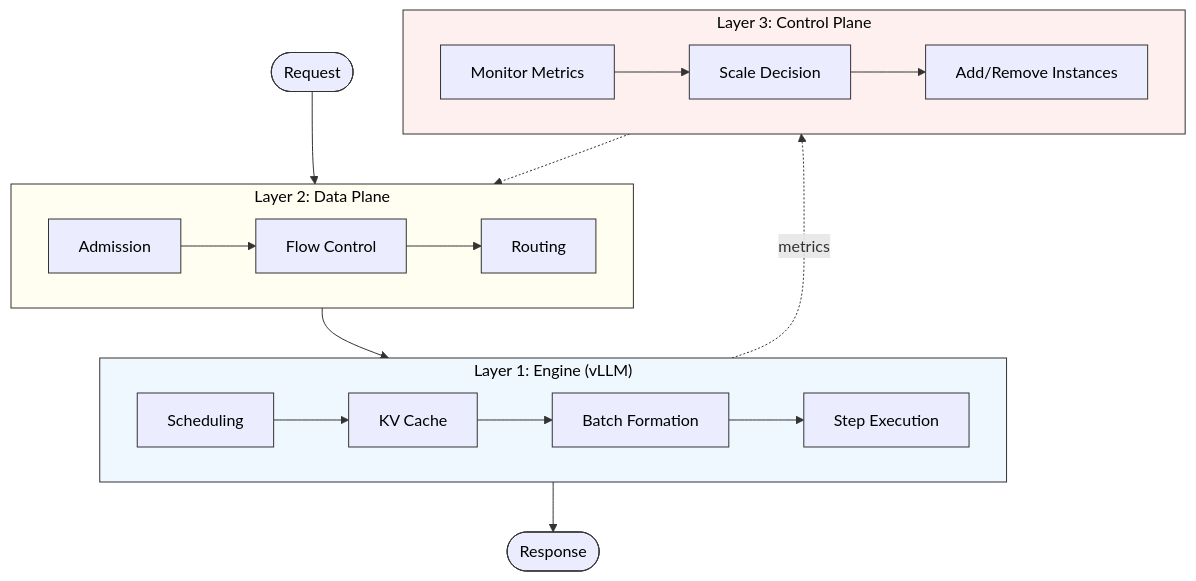
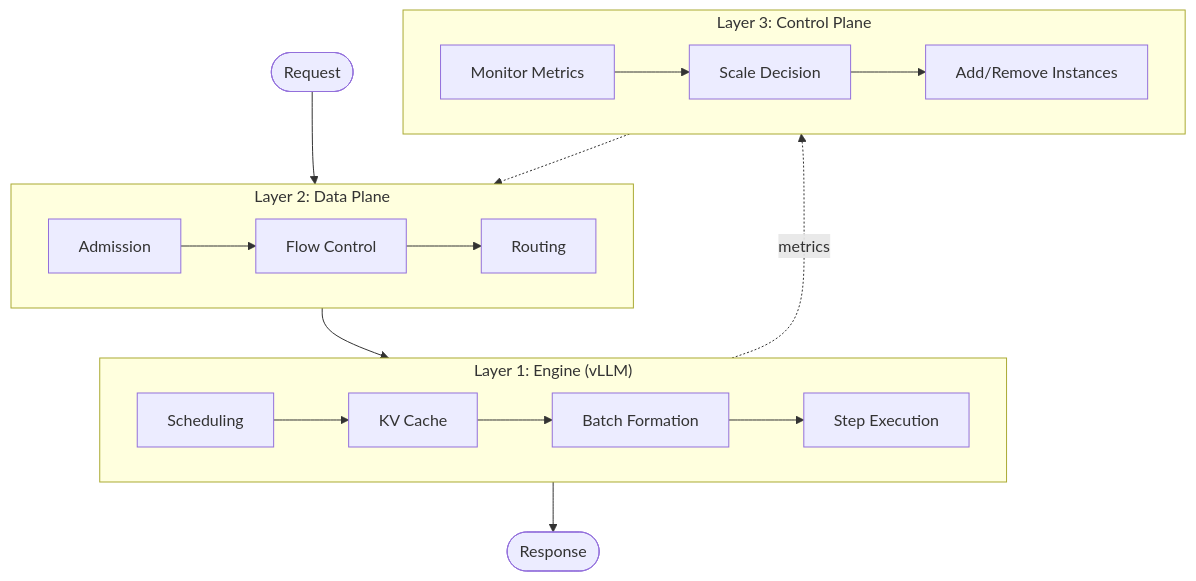
One commit to inference-sim/inference-sim changed the diagram in docs/blog/posts/building-trust-physics-of-simulation.md. Above: the diagram before and after it, drawn with Mermaid. The commit also changed 1 other file, not shown here.

Commit message:
fix(blog): remove all mermaid style/color overrides, use plain mermaid like reference blog

````diff
--- a/docs/blog/posts/building-trust-physics-of-simulation.md
+++ b/docs/blog/posts/building-trust-physics-of-simulation.md
@@ -39,37 +39,30 @@
 ```mermaid
 flowchart TB
     subgraph Layer1["Layer 1: Engine (vLLM)"]
         Sched[Scheduling]
         KV[KV Cache]
         Batch[Batch Formation]
         Step[Step Execution]
         Sched --> KV --> Batch --> Step
     end
 
     subgraph Layer2["Layer 2: Data Plane"]
         Admit[Admission]
         Route[Routing]
         Flow[Flow Control]
         Admit --> Flow --> Route
     end
 
     subgraph Layer3["Layer 3: Control Plane"]
         Monitor[Monitor Metrics]
         Decide[Scale Decision]
         Actuate[Add/Remove Instances]
         Monitor --> Decide --> Actuate
     end
 
     Request([Request]) --> Layer2
     Layer2 --> Layer1
     Layer1 --> Response([Response])
     Layer3 -.-> Layer2
     Layer1 -.->|metrics| Layer3
-
-    classDef blackText color:#000,stroke:#333
-    class Sched,KV,Batch,Step,Admit,Route,Flow,Monitor,Decide,Actuate,Request,Response blackText
-
-    style Layer1 fill:#f0f8ff,stroke:#333,color:#000
-    style Layer2 fill:#fffef0,stroke:#333,color:#000
-    style Layer3 fill:#fff0f0,stroke:#333,color:#000
 ```
````
